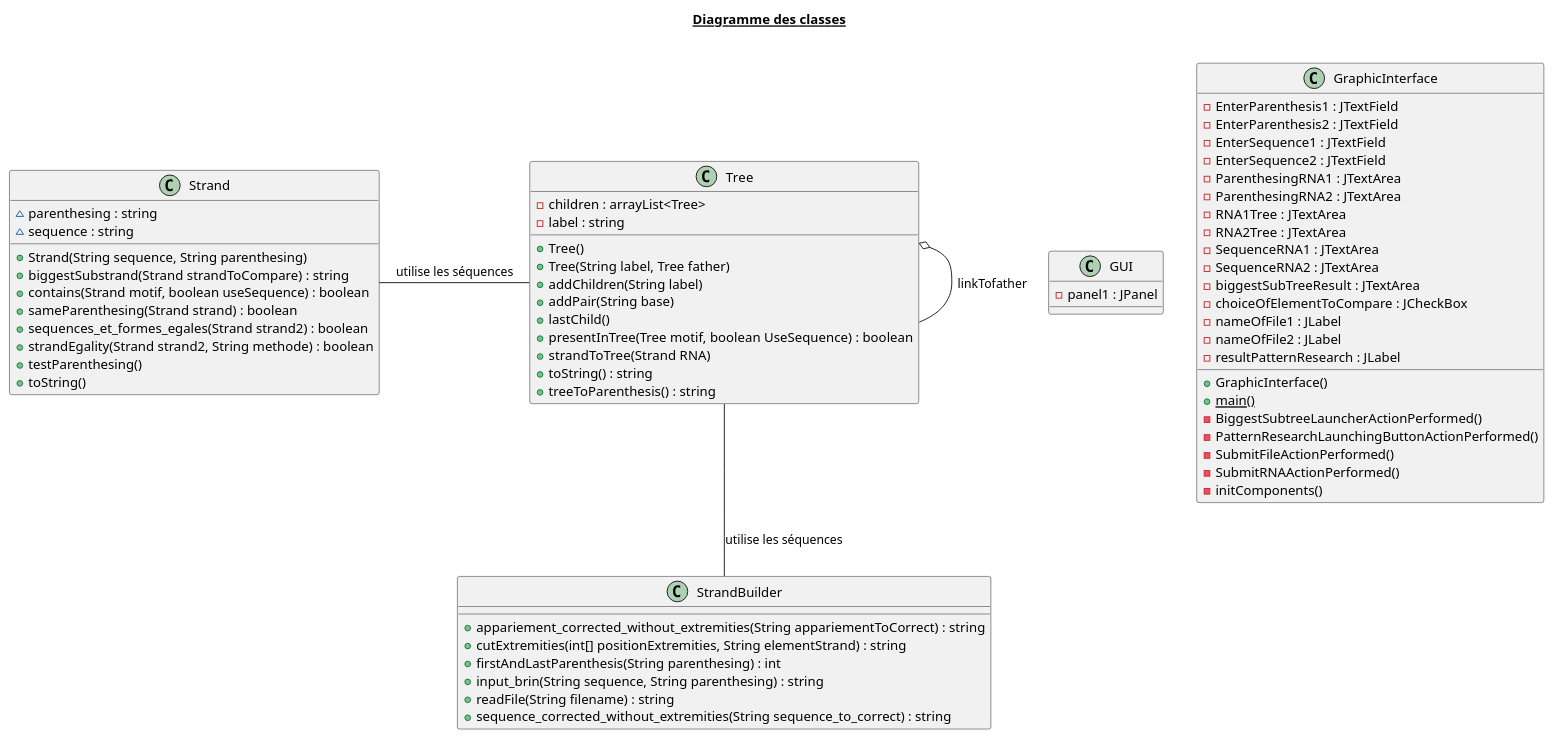
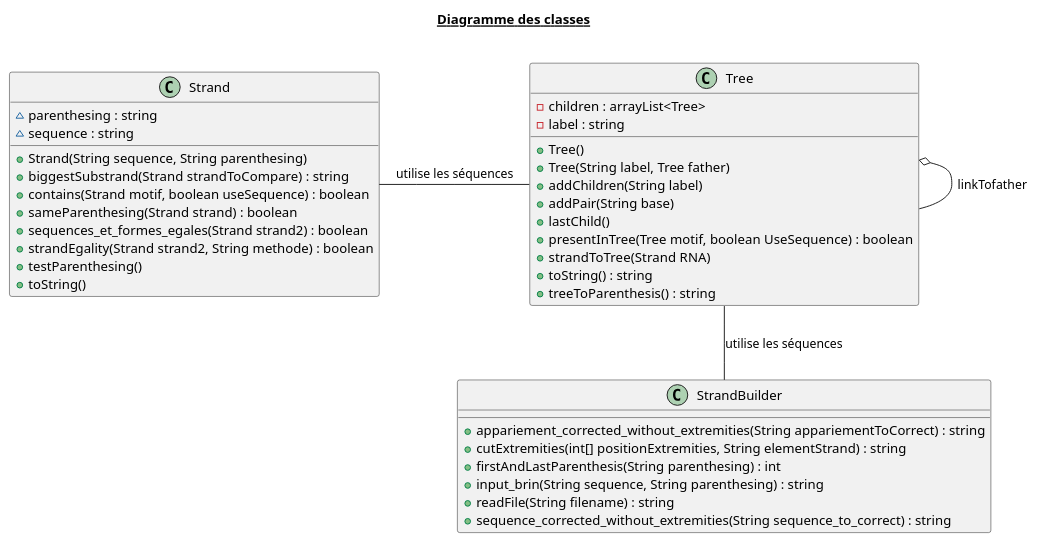
One commit to Sounbouh/ProjetProg changed the diagram in src/src.plantuml. Above: the diagram before and after it, drawn with PlantUML.

Commit message:
update diagramme uml

```diff
--- a/src/src.plantuml
+++ b/src/src.plantuml
@@ -1,84 +1,49 @@
 @startuml
 
 title __Diagramme des classes__\n
-
-  
-
-
-    class GUI {
-        - panel1 : JPanel
-    }
-
-  
-
-    class GraphicInterface {
-        - EnterParenthesis1 : JTextField
-        - EnterParenthesis2 : JTextField
-        - EnterSequence1 : JTextField
-        - EnterSequence2 : JTextField
-        - ParenthesingRNA1 : JTextArea
-        - ParenthesingRNA2 : JTextArea
-        - RNA1Tree : JTextArea
-        - RNA2Tree : JTextArea
-        - SequenceRNA1 : JTextArea
-        - SequenceRNA2 : JTextArea
-        - biggestSubTreeResult : JTextArea
-        - choiceOfElementToCompare : JCheckBox
-        - nameOfFile1 : JLabel
-        - nameOfFile2 : JLabel
-        - resultPatternResearch : JLabel
-        + GraphicInterface()
-        {static} + main()
-        - BiggestSubtreeLauncherActionPerformed()
-        - PatternResearchLaunchingButtonActionPerformed()
-        - SubmitFileActionPerformed()
-        - SubmitRNAActionPerformed()
-        - initComponents()
-    }
-  
 
     class Strand {
         ~ parenthesing : string
         ~ sequence : string
         + Strand(String sequence, String parenthesing)
         + biggestSubstrand(Strand strandToCompare) : string
         + contains(Strand motif, boolean useSequence) : boolean
         + sameParenthesing(Strand strand) : boolean
         + sequences_et_formes_egales(Strand strand2) : boolean
         + strandEgality(Strand strand2, String methode) : boolean
         + testParenthesing()
         + toString()
     }
   
 
     class StrandBuilder {
         + appariement_corrected_without_extremities(String appariementToCorrect) : string
         + cutExtremities(int[] positionExtremities, String elementStrand) : string
         + firstAndLastParenthesis(String parenthesing) : int
         + input_brin(String sequence, String parenthesing) : string
         + readFile(String filename) : string
         + sequence_corrected_without_extremities(String sequence_to_correct) : string
     }
 
 
     class Tree {
         - children : arrayList<Tree>
         - label : string
         + Tree()
         + Tree(String label, Tree father)
         + addChildren(String label)
         + addPair(String base)
         + lastChild()
         + presentInTree(Tree motif, boolean UseSequence) : boolean
         + strandToTree(Strand RNA)
         + toString() : string
         + treeToParenthesis() : string
     }
   
   Tree -down- StrandBuilder : utilise les séquences
   Strand -right- Tree : utilise les séquences
   Tree o-- Tree : linkTofather
 
 
 
 @enduml
```
